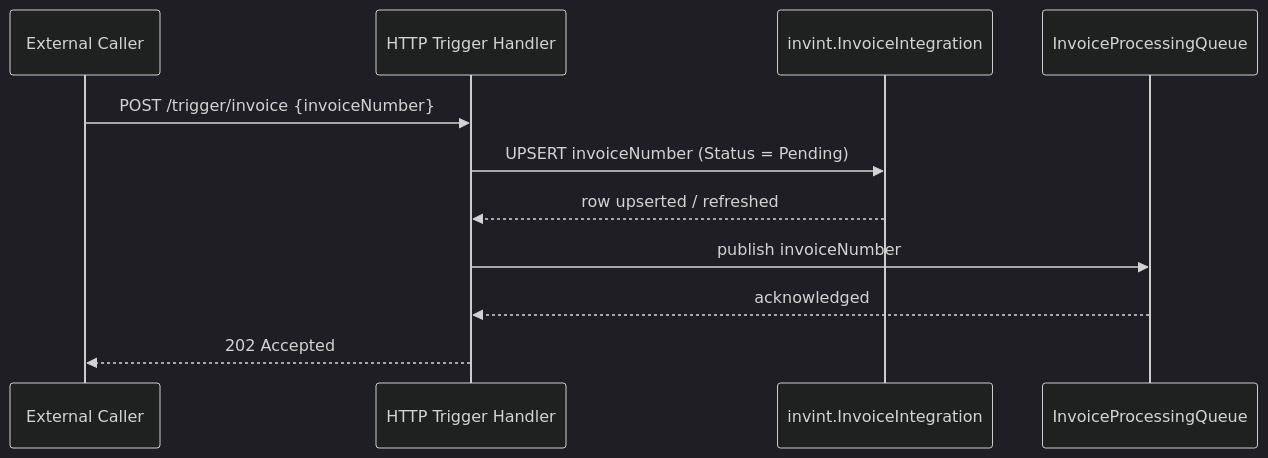
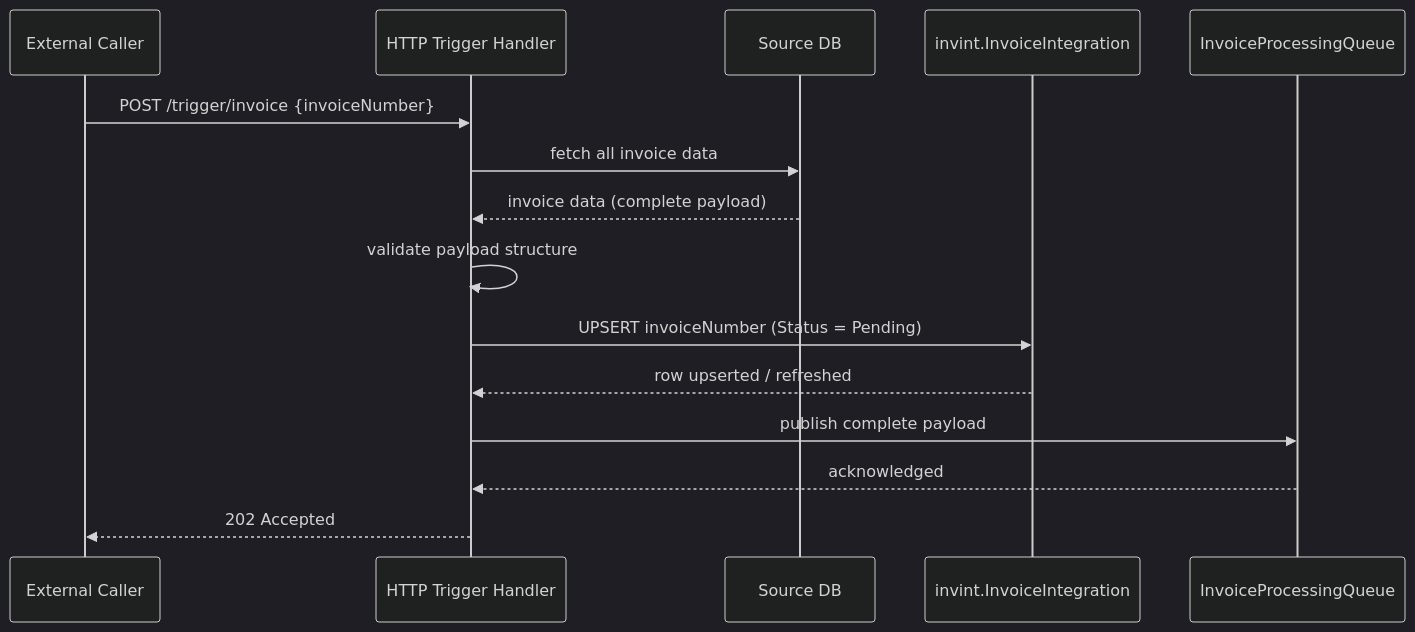
Before and after one commit to ctorresunimag95/Designs: the third of 6 diagrams in InvoiceIntegrator/ARCHITECTURE-OPTIONS.md, drawn with Mermaid (dark theme). The commit also changed other lines of this file and 1 other file, not shown here.

````diff
--- a/InvoiceIntegrator/ARCHITECTURE-OPTIONS.md
+++ b/InvoiceIntegrator/ARCHITECTURE-OPTIONS.md
@@ -128,14 +131,21 @@
 ```mermaid
 sequenceDiagram
   participant Caller as External Caller
   participant Handler as HTTP Trigger Handler
+  participant SrcDB as Source DB
   participant IntDB as invint.InvoiceIntegration
   participant Queue as InvoiceProcessingQueue
 
   Caller->>Handler: POST /trigger/invoice {invoiceNumber}
+  
+  Handler->>SrcDB: fetch all invoice data
+  SrcDB-->>Handler: invoice data (complete payload)
+  
+  Handler->>Handler: validate payload structure
+  
   Handler->>IntDB: UPSERT invoiceNumber (Status = Pending)
   IntDB-->>Handler: row upserted / refreshed
-  Handler->>Queue: publish invoiceNumber
+  Handler->>Queue: publish complete payload
   Queue-->>Handler: acknowledged
   Handler-->>Caller: 202 Accepted
 ```
````
